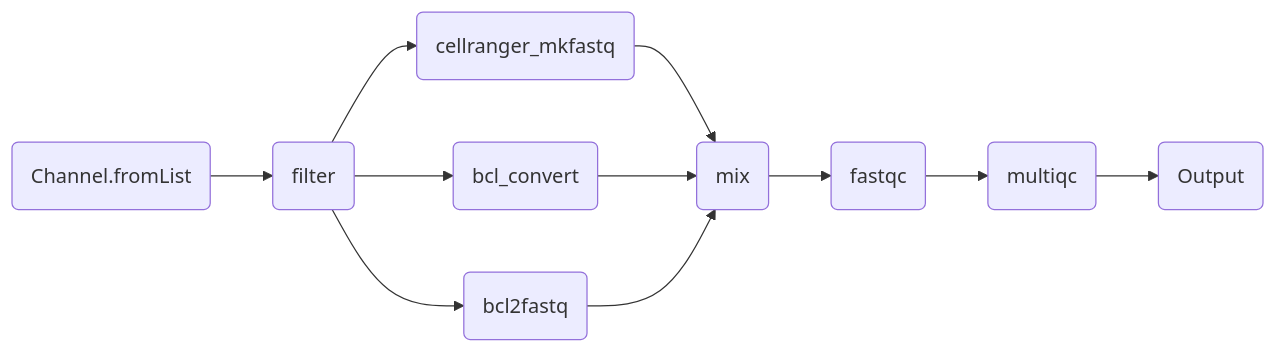
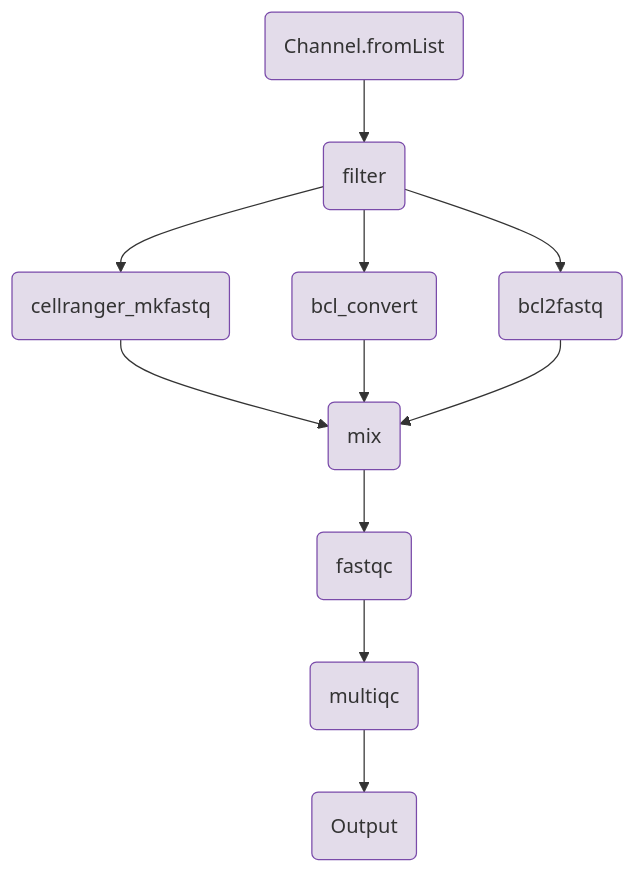
The diagram in components/workflows/ingestion/demux.qmd (openpipelines-bio/website), drawn with Mermaid before and after one commit. The commit also changed 21 other files, not shown here.

````diff
--- a/components/workflows/ingestion/demux.qmd
+++ b/components/workflows/ingestion/demux.qmd
@@ -102,24 +102,32 @@
 ```{mermaid}
-%%| column: screen-inset-shaded
-flowchart LR
+flowchart TB
     v0(Channel.fromList)
     v2(filter)
     v19(cellranger_mkfastq)
     v78(mix)
     v42(bcl_convert)
     v65(bcl2fastq)
     v87(fastqc)
     v107(multiqc)
     v135(Output)
     v0-->v2
     v2-->v19
     v19-->v78
     v2-->v42
     v42-->v78
     v2-->v65
     v65-->v78
     v78-->v87
     v87-->v107
     v107-->v135
+    style v0 fill:#e3dcea,stroke:#7a4baa;
+    style v2 fill:#e3dcea,stroke:#7a4baa;
+    style v19 fill:#e3dcea,stroke:#7a4baa;
+    style v78 fill:#e3dcea,stroke:#7a4baa;
+    style v42 fill:#e3dcea,stroke:#7a4baa;
+    style v65 fill:#e3dcea,stroke:#7a4baa;
+    style v87 fill:#e3dcea,stroke:#7a4baa;
+    style v107 fill:#e3dcea,stroke:#7a4baa;
+    style v135 fill:#e3dcea,stroke:#7a4baa;
 
 ```
````
